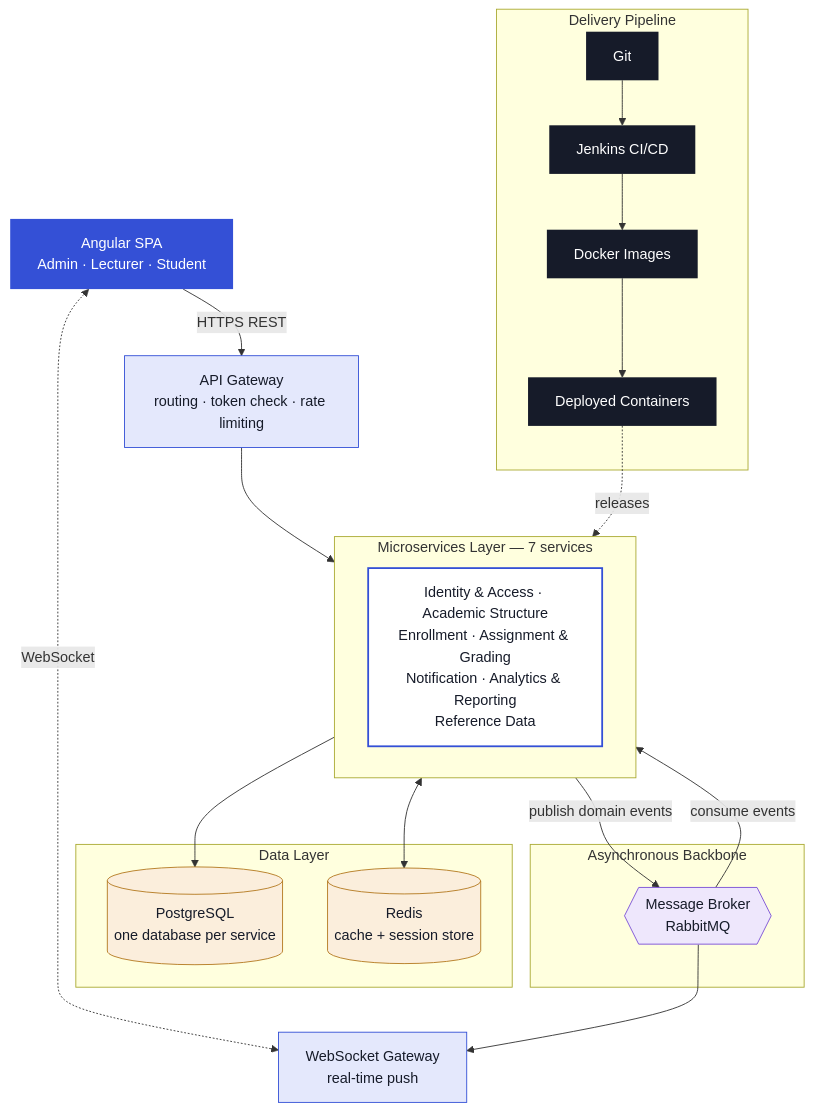
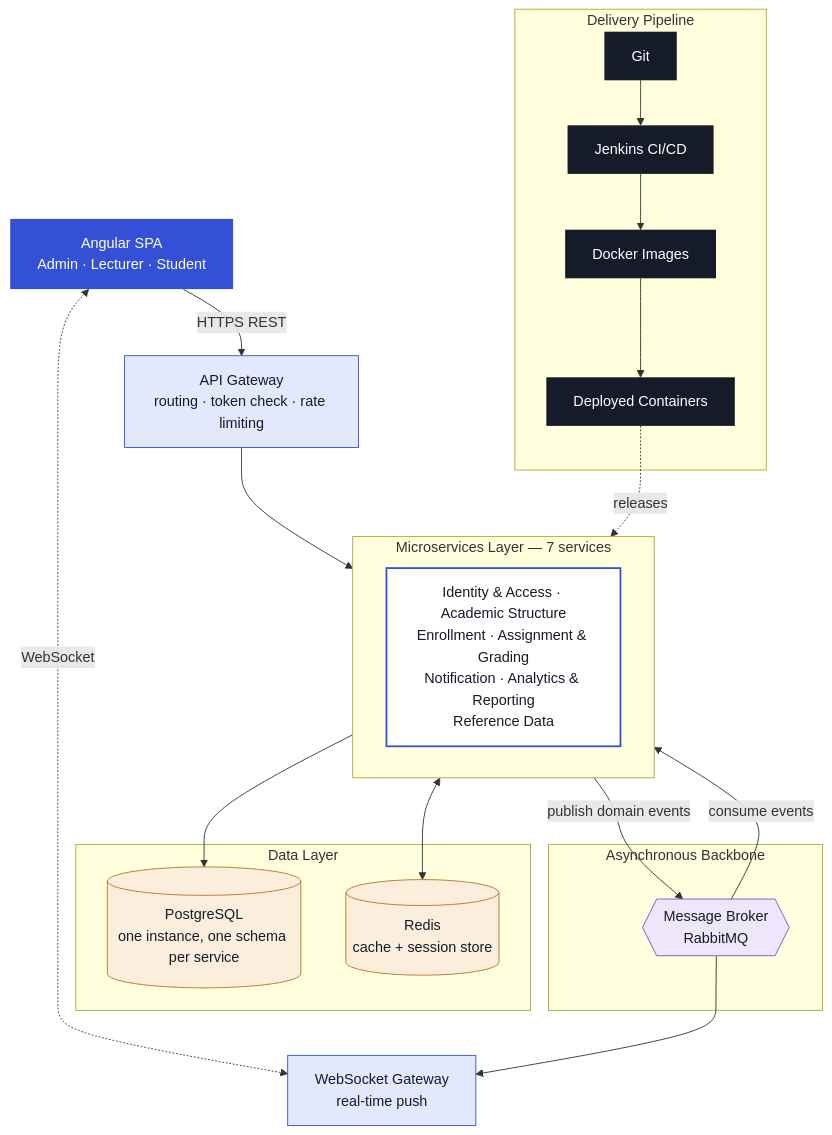
Before and after one commit to ESD-ONE/University-Course-Management-System: the diagram in docs/architecture/high-level-architecture.mmd, drawn with Mermaid. The commit also changed 19 other files, not shown here.

First line of the commit message:
Sync architecture diagrams: schema-per-service, not database-per-service

```diff
--- a/docs/architecture/high-level-architecture.mmd
+++ b/docs/architecture/high-level-architecture.mmd
@@ -1,47 +1,47 @@
 flowchart TB
     WEB["Angular SPA<br/>Admin · Lecturer · Student"]
 
     WEB -->|HTTPS REST| GW["API Gateway<br/>routing · token check · rate limiting"]
     WEB <-.->|WebSocket| WSG["WebSocket Gateway<br/>real-time push"]
 
     subgraph SVCLAYER["Microservices Layer — 7 services"]
         SVC["Identity & Access · Academic Structure<br/>Enrollment · Assignment & Grading<br/>Notification · Analytics & Reporting<br/>Reference Data"]
     end
 
     GW --> SVCLAYER
 
     subgraph DATALAYER["Data Layer"]
-        PG[("PostgreSQL<br/>one database per service")]
+        PG[("PostgreSQL<br/>one instance, one schema per service")]
         REDIS[("Redis<br/>cache + session store")]
     end
 
     SVCLAYER --> PG
     SVCLAYER <--> REDIS
 
     subgraph ASYNC["Asynchronous Backbone"]
         MQ{{"Message Broker<br/>RabbitMQ"}}
     end
 
     SVCLAYER -->|publish domain events| MQ
     MQ -->|consume events| SVCLAYER
     MQ --> WSG
 
     subgraph PIPE["Delivery Pipeline"]
         GIT["Git"] --> CI["Jenkins CI/CD"] --> DOCKER["Docker Images"] --> DEPLOY["Deployed Containers"]
     end
 
     DEPLOY -.->|releases| SVCLAYER
 
     classDef client fill:#3450D6,color:#fff,stroke:none
     classDef gateway fill:#E4E8FC,color:#161B29,stroke:#3450D6
     classDef svc fill:#FFFFFF,color:#161B29,stroke:#3450D6,stroke-width:2px
     classDef data fill:#FBEEDC,color:#161B29,stroke:#B4791F
     classDef async fill:#EEE7FC,color:#161B29,stroke:#7A4FD6
     classDef pipe fill:#161B29,color:#fff,stroke:none
 
     class WEB client
     class GW,WSG gateway
     class SVC svc
     class PG,REDIS data
     class MQ async
     class GIT,CI,DOCKER,DEPLOY pipe
```
